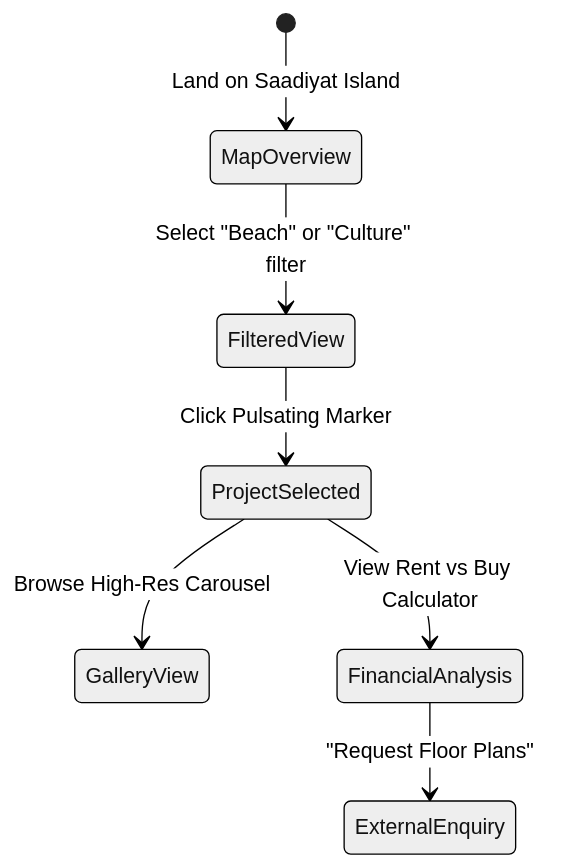
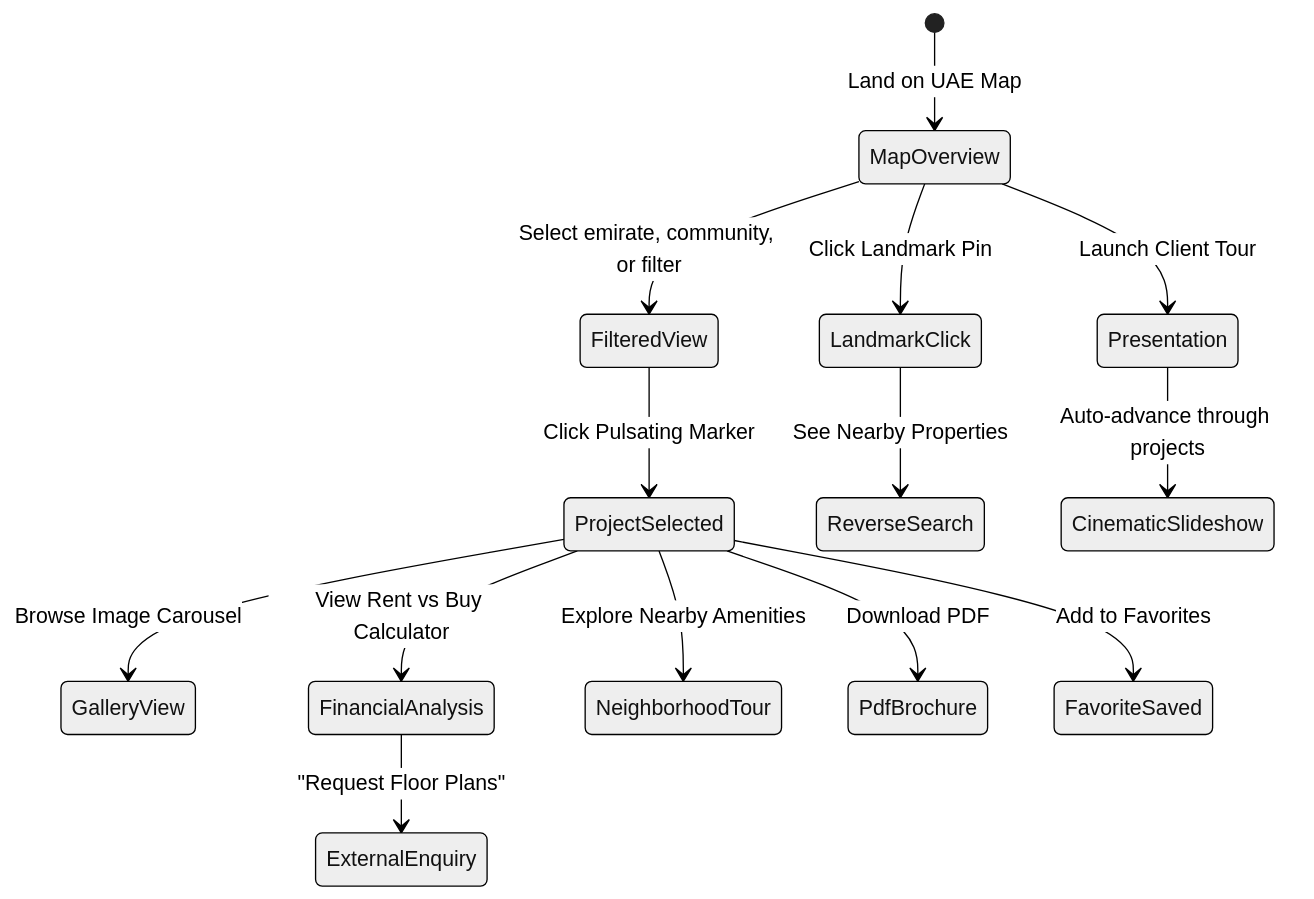
One commit to PSI-AD/psi-maps changed the third of 3 diagrams in PROJECT_MASTER.md. Above: the diagram before and after it, drawn with Mermaid (neutral theme). The commit also changed other lines of this file and 3 other files, not shown here.

````diff
--- a/PROJECT_MASTER.md
+++ b/PROJECT_MASTER.md
@@ -88,9 +142,16 @@
 ```mermaid
 stateDiagram-v2
-    [*] --> MapOverview: Land on Saadiyat Island
-    MapOverview --> FilteredView: Select "Beach" or "Culture" filter
+    [*] --> MapOverview: Land on UAE Map
+    MapOverview --> FilteredView: Select emirate, community, or filter
     FilteredView --> ProjectSelected: Click Pulsating Marker
-    ProjectSelected --> GalleryView: Browse High-Res Carousel
+    ProjectSelected --> GalleryView: Browse Image Carousel
     ProjectSelected --> FinancialAnalysis: View Rent vs Buy Calculator
+    ProjectSelected --> NeighborhoodTour: Explore Nearby Amenities
+    ProjectSelected --> PdfBrochure: Download PDF
     FinancialAnalysis --> ExternalEnquiry: "Request Floor Plans"
+    ProjectSelected --> FavoriteSaved: Add to Favorites
+    MapOverview --> LandmarkClick: Click Landmark Pin
+    LandmarkClick --> ReverseSearch: See Nearby Properties
+    MapOverview --> Presentation: Launch Client Tour
+    Presentation --> CinematicSlideshow: Auto-advance through projects
 ```
````
